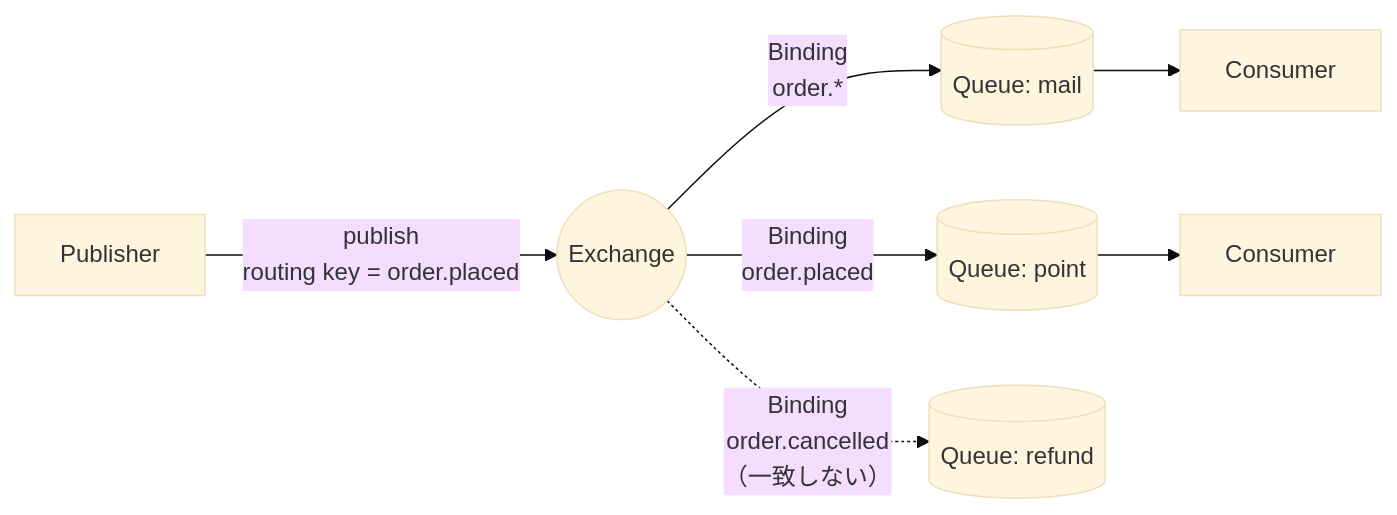
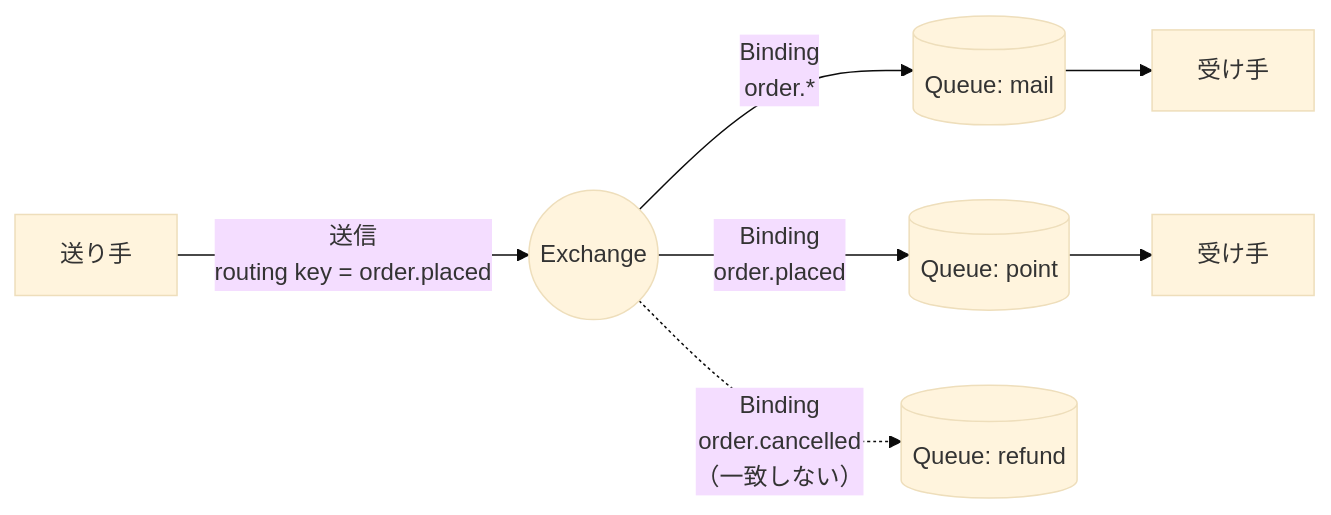
Before and after one commit to t-inoue0214/starter-web-async: the second of 3 diagrams in chapters/06-amqp.md, drawn with Mermaid (base theme). The commit also changed other lines of this file and 96 other files, not shown here.

````diff
--- a/chapters/06-amqp.md
+++ b/chapters/06-amqp.md
@@ -53,9 +53,9 @@
 ```mermaid
 flowchart LR
-    P[Publisher] -->|"publish<br>routing key = order.placed"| EX((Exchange))
+    P[送り手] -->|"送信<br>routing key = order.placed"| EX((Exchange))
     EX -->|"Binding<br>order.*"| Q1[(Queue: mail)]
     EX -->|"Binding<br>order.placed"| Q2[(Queue: point)]
     EX -.->|"Binding<br>order.cancelled<br>（一致しない）"| Q3[(Queue: refund)]
-    Q1 --> C1[Consumer]
-    Q2 --> C2[Consumer]
+    Q1 --> C1[受け手]
+    Q2 --> C2[受け手]
 ```
````
